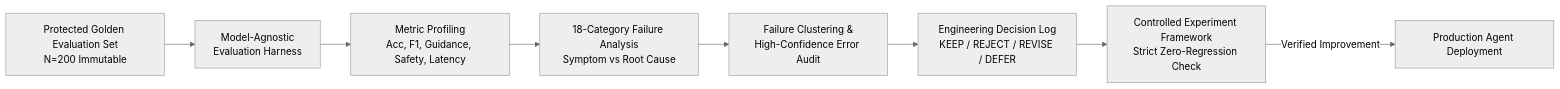
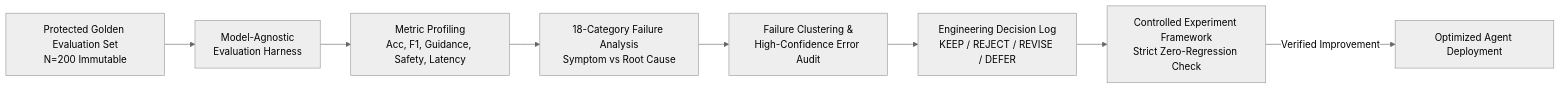
One commit to JIGNESH-SETTY/AmazonHelp-AI-Customer-Support-Agent changed the second of 2 diagrams in README.md. Above: the diagram before and after it, drawn with Mermaid (neutral theme). The commit also changed other lines of this file, not shown here.

````diff
--- a/README.md
+++ b/README.md
@@ -89,10 +89,10 @@
 ```mermaid
 flowchart LR
     A[Protected Golden Evaluation Set\nN=200 Immutable] --> B[Model-Agnostic\nEvaluation Harness]
     B --> C[Metric Profiling\nAcc, F1, Guidance, Safety, Latency]
     C --> D[18-Category Failure Analysis\nSymptom vs Root Cause]
     D --> E[Failure Clustering &\nHigh-Confidence Error Audit]
     E --> F[Engineering Decision Log\nKEEP / REJECT / REVISE / DEFER]
     F --> G[Controlled Experiment Framework\nStrict Zero-Regression Check]
-    G -->|Verified Improvement| H[Production Agent Deployment]
+    G -->|Verified Improvement| H[Optimized Agent Deployment]
 ```
````
